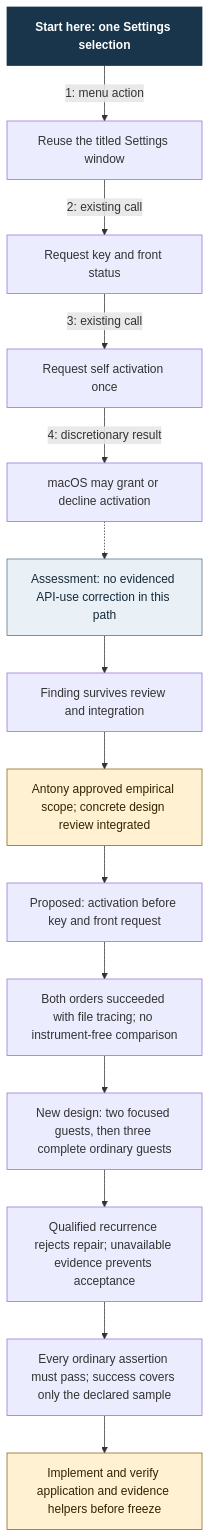
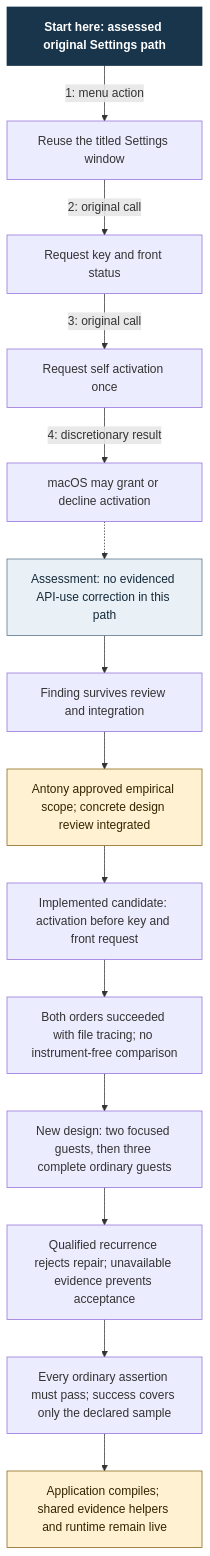
The diagram in docs/design/architecture/settings-activation/correction-assessment.mmd (Linkuistics/Koine), drawn with Mermaid before and after one commit. The commit also changed 24 other files, not shown here.

First line of the commit message:
settings-ordering-application-k52: implement reviewed Settings call order

```diff
--- a/docs/design/architecture/settings-activation/correction-assessment.mmd
+++ b/docs/design/architecture/settings-activation/correction-assessment.mmd
@@ -1,18 +1,18 @@
 flowchart TD
-    S["Start here: one Settings selection"]:::start
+    S["Start here: assessed original Settings path"]:::start
     S -->|1: menu action| W["Reuse the titled Settings window"]
-    W -->|2: existing call| K["Request key and front status"]
-    K -->|3: existing call| A["Request self activation once"]
+    W -->|2: original call| K["Request key and front status"]
+    K -->|3: original call| A["Request self activation once"]
     A -->|4: discretionary result| O["macOS may grant or decline activation"]
     O -.-> F["Assessment: no evidenced API-use correction in this path"]:::finding
     F --> R["Finding survives review and integration"]
     R --> Q["Antony approved empirical scope; concrete design review integrated"]:::hold
-    Q --> E["Proposed: activation before key and front request"]
+    Q --> E["Implemented candidate: activation before key and front request"]
     E --> I["Both orders succeeded with file tracing; no instrument-free comparison"]
     I --> C["New design: two focused guests, then three complete ordinary guests"]
     C --> P["Qualified recurrence rejects repair; unavailable evidence prevents acceptance"]
     P --> B["Every ordinary assertion must pass; success covers only the declared sample"]
-    B --> D["Implement and verify application and evidence helpers before freeze"]:::hold
+    B --> D["Application compiles; shared evidence helpers and runtime remain live"]:::hold
     classDef start fill:#19354b,color:#fff,font-weight:bold,stroke:#19354b
     classDef finding fill:#e9f0f6,color:#152a3a,stroke:#526f87
     classDef hold fill:#fff1d2,color:#322600,stroke:#866216
```
